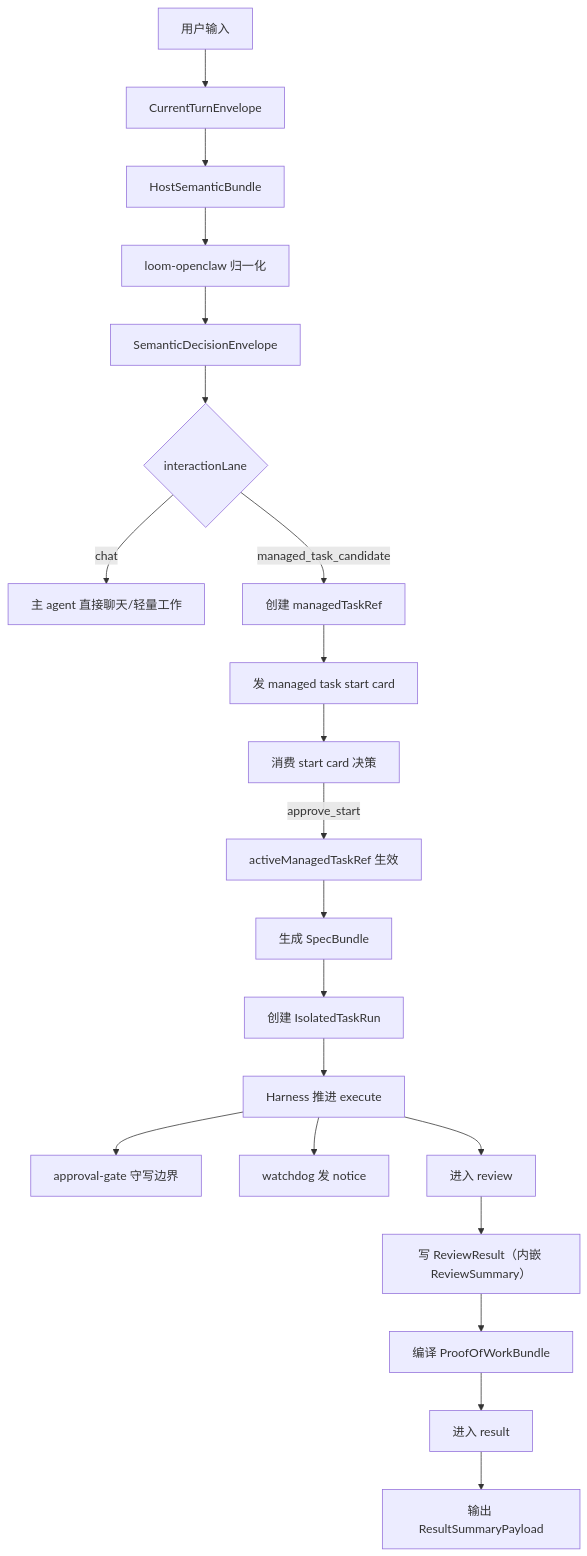
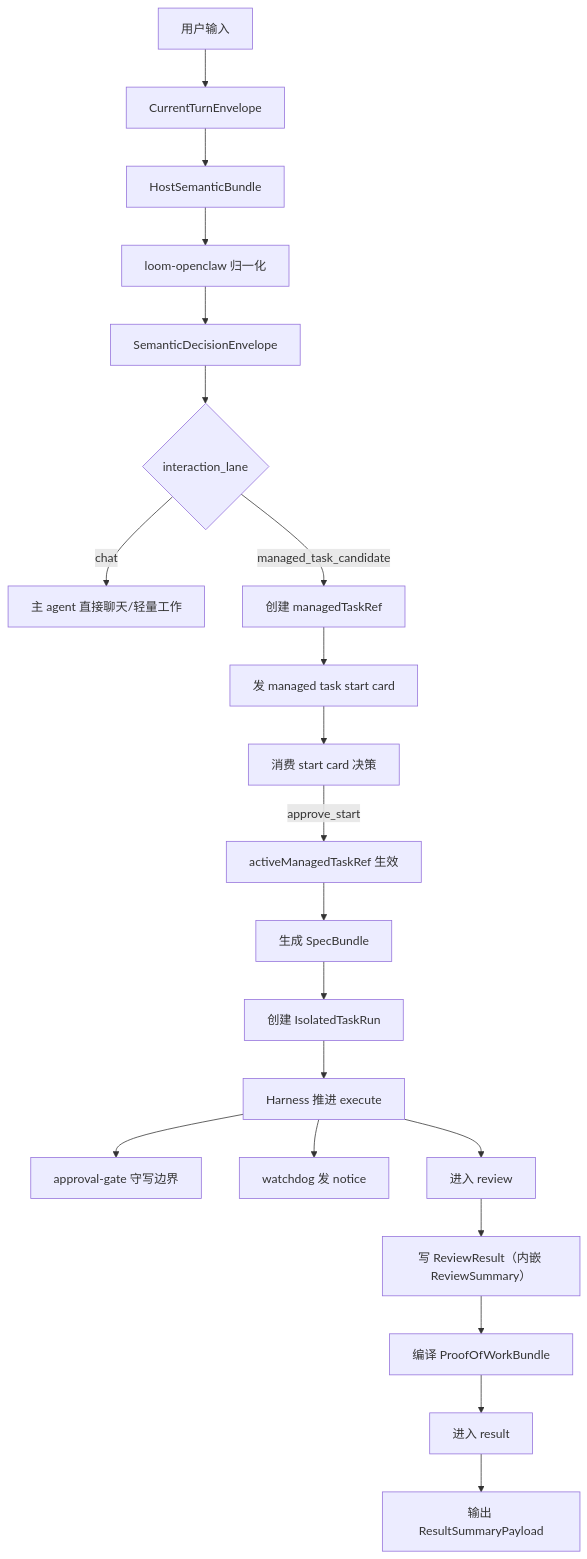
Before and after one commit to Zjianru/loom: the diagram in sourceDocs/产品规范/治理链路图.md, drawn with Mermaid. The commit also changed other lines of this file and 64 other files, not shown here.

````diff
--- a/sourceDocs/产品规范/治理链路图.md
+++ b/sourceDocs/产品规范/治理链路图.md
@@ -19,23 +19,23 @@
 ```mermaid
 flowchart TD
     A["用户输入"] --> B["CurrentTurnEnvelope"]
     B --> C["HostSemanticBundle"]
     C --> D["loom-openclaw 归一化"]
     D --> E["SemanticDecisionEnvelope"]
-    E --> F{"interactionLane"}
+    E --> F{"interaction_lane"}
     F -->|"chat"| G["主 agent 直接聊天/轻量工作"]
     F -->|"managed_task_candidate"| H["创建 managedTaskRef"]
     H --> I["发 managed task start card"]
     I --> J["消费 start card 决策"]
     J -->|"approve_start"| K["activeManagedTaskRef 生效"]
     K --> K1["生成 SpecBundle"]
     K1 --> K2["创建 IsolatedTaskRun"]
     K2 --> L["Harness 推进 execute"]
     L --> M["approval-gate 守写边界"]
     L --> N["watchdog 发 notice"]
     L --> O["进入 review"]
     O --> P["写 ReviewResult（内嵌 ReviewSummary）"]
     P --> Q["编译 ProofOfWorkBundle"]
     Q --> R["进入 result"]
     R --> S["输出 ResultSummaryPayload"]
 ```
````
